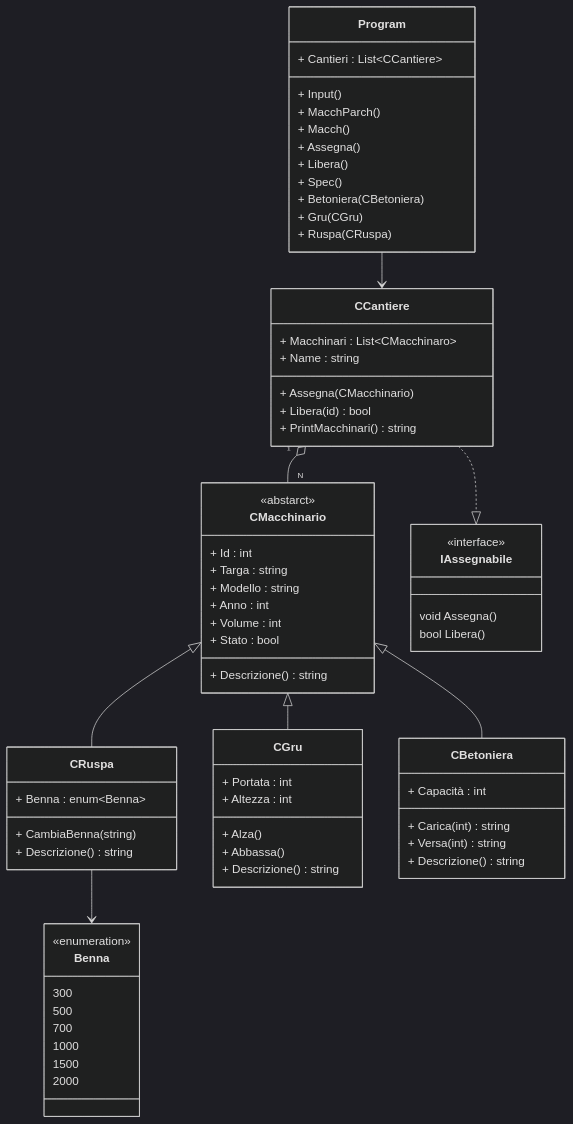
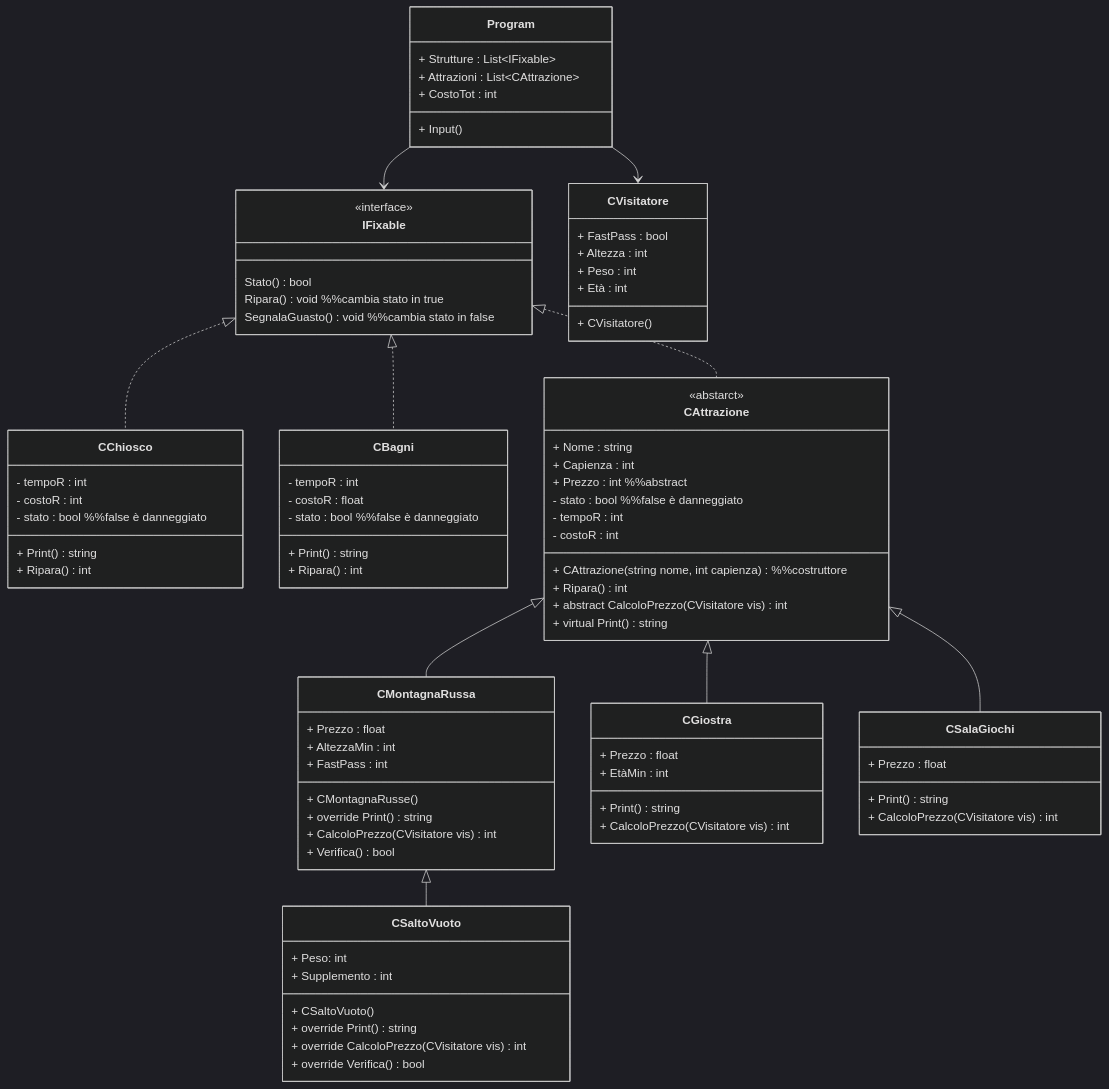
One commit to SCUOLA-BM/4-INFORMATICA changed the diagram in C#/EsMacchinari/EsMacchinariBM.md. Above: the diagram before and after it, drawn with Mermaid (dark theme). The commit also changed 33 other files, not shown here.

````diff
--- a/C#/EsMacchinari/EsMacchinariBM.md
+++ b/C#/EsMacchinari/EsMacchinariBM.md
@@ -4,98 +4,120 @@
     %% CLASSI PRINCIPALI
     
     class Program{
-        + Cantieri : List~CCantiere~
+        + Strutture : List~IFixable~
+        + Attrazioni : List~CAttrazione~
+        + CostoTot : int
+        
 
         + Input()
-        + MacchParch() 
-        + Macch()
-        + Assegna()
-        + Libera()
-        + Spec()
-        + Betoniera(CBetoniera)
-        + Gru(CGru)
-        + Ruspa(CRuspa)
     }
 
-    class CCantiere{
-        + Macchinari : List~CMacchinaro~
-        + Name : string
-
-        + Assegna(CMacchinario)
-        + Libera(id) bool
-        + PrintMacchinari() string
+    class IFixable{
+        <<interface>>
+        Stato() bool
+        Ripara() void %%cambia stato in true
+        SegnalaGuasto() void %%cambia stato in false
     }
 
-    class CMacchinario{
-        <<abstarct>>
-        + Id : int
-        + Targa : string
-        + Modello : string
-        + Anno : int
-        + Volume : int
-        + Stato : bool 
-        %%disponibile o assegnato
 
-        + Descrizione() string
-
+    class CVisitatore{
+        + FastPass : bool
+        + Altezza : int
+        + Peso : int
+        + Età : int
+        
+        + CVisitatore()
     }
 
-    class CRuspa {
-        + Benna : enum~Benna~
-        
-        + CambiaBenna(string) 
-        + Descrizione() string
+    class CChiosco{
+        - tempoR : int
+        - costoR : int
+        - stato : bool %%false è danneggiato
+
+        + Print() string
+        + Ripara() int
     }
 
-    class Benna{
-        <<enumeration>>
-        300
-        500
-        700
-        1000
-        1500
-        2000
+    class CBagni{
+        - tempoR : int
+        - costoR : float
+        - stato : bool %%false è danneggiato
+
+        + Print() string
+        + Ripara() int
     }
 
-    class CGru {
-        + Portata : int
-        + Altezza : int
+    class CAttrazione{
+        <<abstarct>>
+        + Nome : string
+        + Capienza : int
+        + Prezzo : int %%abstract
+        - stato : bool %%false è danneggiato
+        - tempoR : int
+        - costoR : int
 
-        + Alza()
-        + Abbassa()
-        + Descrizione() string
+        + CAttrazione(string nome, int capienza)  %%costruttore
+        + Ripara() int
+        + abstract CalcoloPrezzo(CVisitatore vis) int
+        + virtual Print() string
     }
 
-    class CBetoniera {
-        + Capacità : int
-        
-        + Carica(int) string
-        + Versa(int) string
-        + Descrizione() string
+    class CMontagnaRussa{
+        + Prezzo : float
+        + AltezzaMin : int
+        + FastPass : int
+
+        + CMontagnaRusse()
+        + override Print() string
+        + CalcoloPrezzo(CVisitatore vis) int
+        + Verifica() bool
     }
 
-    class IAssegnabile{
-        <<interface>>
-        void Assegna()
-        bool Libera()
+    class CSaltoVuoto{
+        + Peso: int
+        + Supplemento : int
+
+        + CSaltoVuoto()
+        + override Print() string
+        + override CalcoloPrezzo(CVisitatore vis) int
+        + override Verifica() bool
+    }
+
+    class CGiostra {
+        + Prezzo : float
+        + EtàMin : int
+
+        + Print() string
+        + CalcoloPrezzo(CVisitatore vis) int
+    }
+
+    class CSalaGiochi {
+        + Prezzo : float
+
+        + Print() string
+        + CalcoloPrezzo(CVisitatore vis) int
+
     }
 
     
 
     %% INTERFACCIA
-    CCantiere ..|> IAssegnabile
+    IFixable <|.. CChiosco
+    IFixable <|.. CAttrazione
+    IFixable <|.. CBagni
 
     %%ENUMERAZIONI
-    CRuspa --> Benna
+    
 
-    %%ASSOCIAZIONE
-    CCantiere "1" o-- "N" CMacchinario
+    
 
     %% CLASSE ASTRATTA
-    CMacchinario <|-- CRuspa
-    CMacchinario <|-- CGru
-    CMacchinario <|-- CBetoniera
+    CAttrazione <|-- CMontagnaRussa
+    CAttrazione <|-- CGiostra
+    CAttrazione <|-- CSalaGiochi
+    CMontagnaRussa <|-- CSaltoVuoto
 
     %% Program usa le classi ma non le possiede
-    Program --> CCantiere
+    Program --> IFixable
+    Program --> CVisitatore
 ```
````
